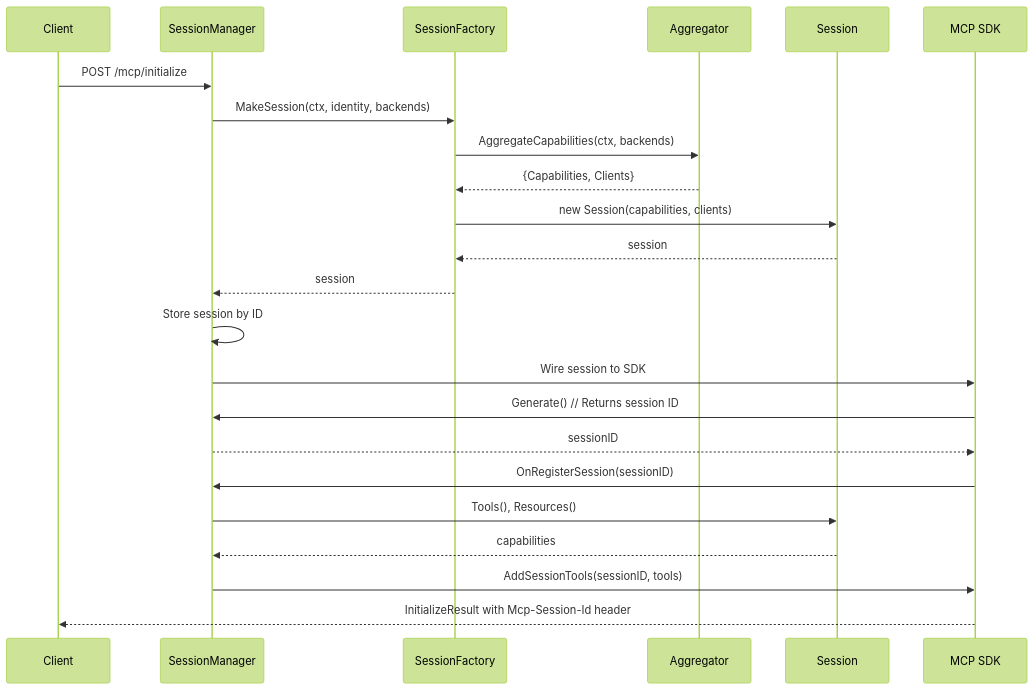
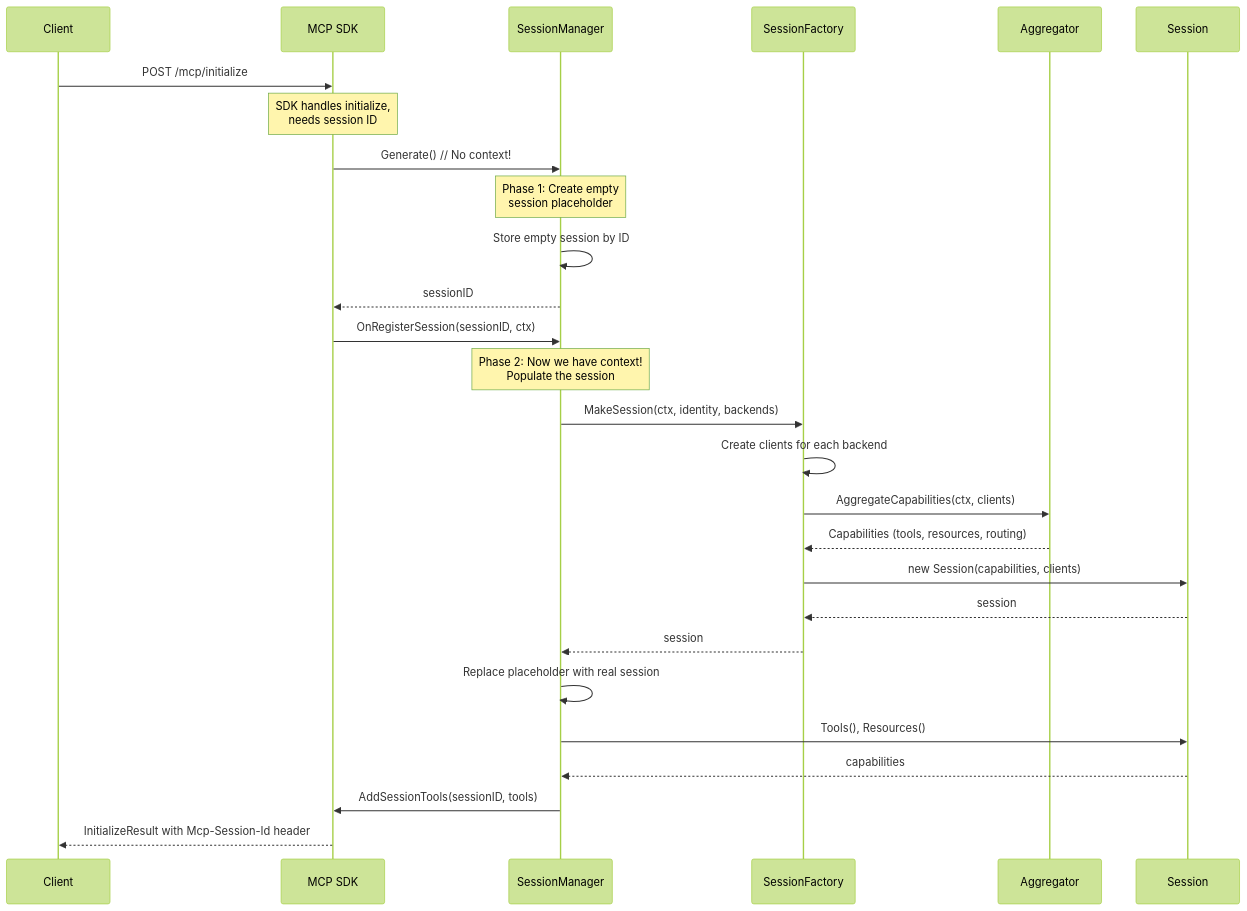
Before and after one commit to stacklok/toolhive-rfcs: the second of 2 diagrams in rfcs/THV-0038-session-scoped-client-lifecycle.md, drawn with Mermaid (forest theme). The commit also changed other lines of this file, not shown here.

````diff
--- a/rfcs/THV-0038-session-scoped-client-lifecycle.md
+++ b/rfcs/THV-0038-session-scoped-client-lifecycle.md
@@ -166,26 +167,30 @@
 ```mermaid
 sequenceDiagram
     participant Client
+    participant SDK as MCP SDK
     participant SessionMgr as SessionManager
     participant Factory as SessionFactory
     participant Aggregator
     participant Session
-    participant SDK as MCP SDK
 
-    Client->>SessionMgr: POST /mcp/initialize
+    Client->>SDK: POST /mcp/initialize
+    Note over SDK: SDK handles initialize,<br/>needs session ID
+    SDK->>SessionMgr: Generate() // No context!
+    Note over SessionMgr: Phase 1: Create empty<br/>session placeholder
+    SessionMgr->>SessionMgr: Store empty session by ID
+    SessionMgr-->>SDK: sessionID
+    SDK->>SessionMgr: OnRegisterSession(sessionID, ctx)
+    Note over SessionMgr: Phase 2: Now we have context!<br/>Populate the session
     SessionMgr->>Factory: MakeSession(ctx, identity, backends)
-    Factory->>Aggregator: AggregateCapabilities(ctx, backends)
-    Aggregator-->>Factory: {Capabilities, Clients}
+    Factory->>Factory: Create clients for each backend
+    Factory->>Aggregator: AggregateCapabilities(ctx, clients)
+    Aggregator-->>Factory: Capabilities (tools, resources, routing)
     Factory->>Session: new Session(capabilities, clients)
     Session-->>Factory: session
     Factory-->>SessionMgr: session
-    SessionMgr->>SessionMgr: Store session by ID
-    SessionMgr->>SDK: Wire session to SDK
-    SDK->>SessionMgr: Generate() // Returns session ID
-    SessionMgr-->>SDK: sessionID
-    SDK->>SessionMgr: OnRegisterSession(sessionID)
+    SessionMgr->>SessionMgr: Replace placeholder with real session
     SessionMgr->>Session: Tools(), Resources()
     Session-->>SessionMgr: capabilities
     SessionMgr->>SDK: AddSessionTools(sessionID, tools)
     SDK-->>Client: InitializeResult with Mcp-Session-Id header
 ```
````
